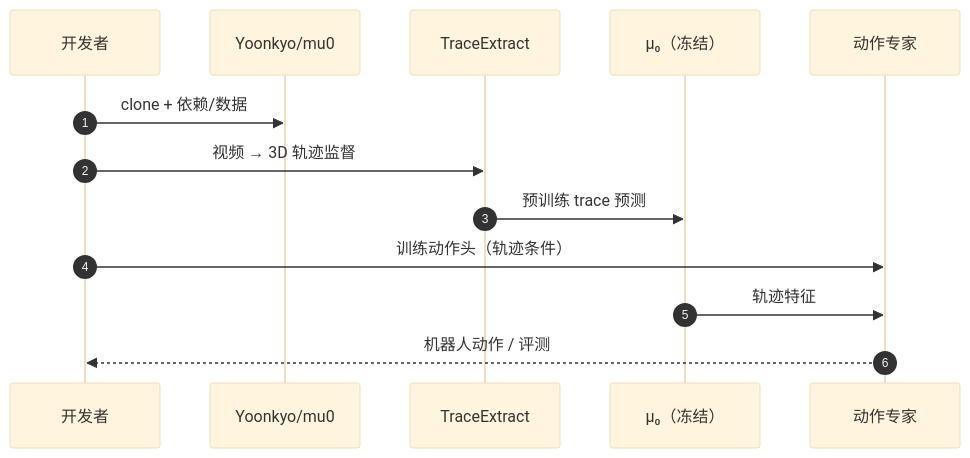
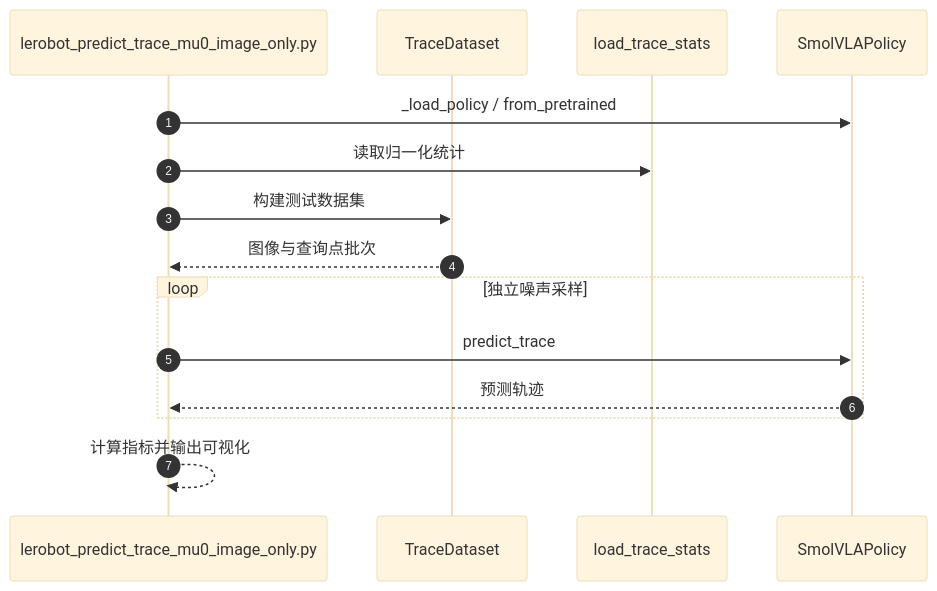
The second of 2 diagrams in wiki/entities/paper-mu0-wm.md (ImChong/Robotics_Notebooks), drawn with Mermaid (base theme) before and after one commit. The commit also changed other lines of this file and 7 other files, not shown here.

````diff
--- a/wiki/entities/paper-mu0-wm.md
+++ b/wiki/entities/paper-mu0-wm.md
@@ -53,15 +90,17 @@
 ```mermaid
 sequenceDiagram
   autonumber
-  participant U as 开发者
-  participant R as Yoonkyo/mu0
-  participant TE as TraceExtract
-  participant WM as μ₀（冻结）
-  participant A as 动作专家
-  U->>R: clone + 依赖/数据
-  U->>TE: 视频 → 3D 轨迹监督
-  TE->>WM: 预训练 trace 预测
-  U->>A: 训练动作头（轨迹条件）
-  WM->>A: 轨迹特征
-  A-->>U: 机器人动作 / 评测
+  participant E as lerobot_predict_trace_mu0_image_only.py
+  participant D as TraceDataset
+  participant S as load_trace_stats
+  participant M as SmolVLAPolicy
+  E->>M: _load_policy / from_pretrained
+  E->>S: 读取归一化统计
+  E->>D: 构建测试数据集
+  D-->>E: 图像与查询点批次
+  loop 独立噪声采样
+    E->>M: predict_trace
+    M-->>E: 预测轨迹
+  end
+  E-->>E: 计算指标并输出可视化
 ```
````
